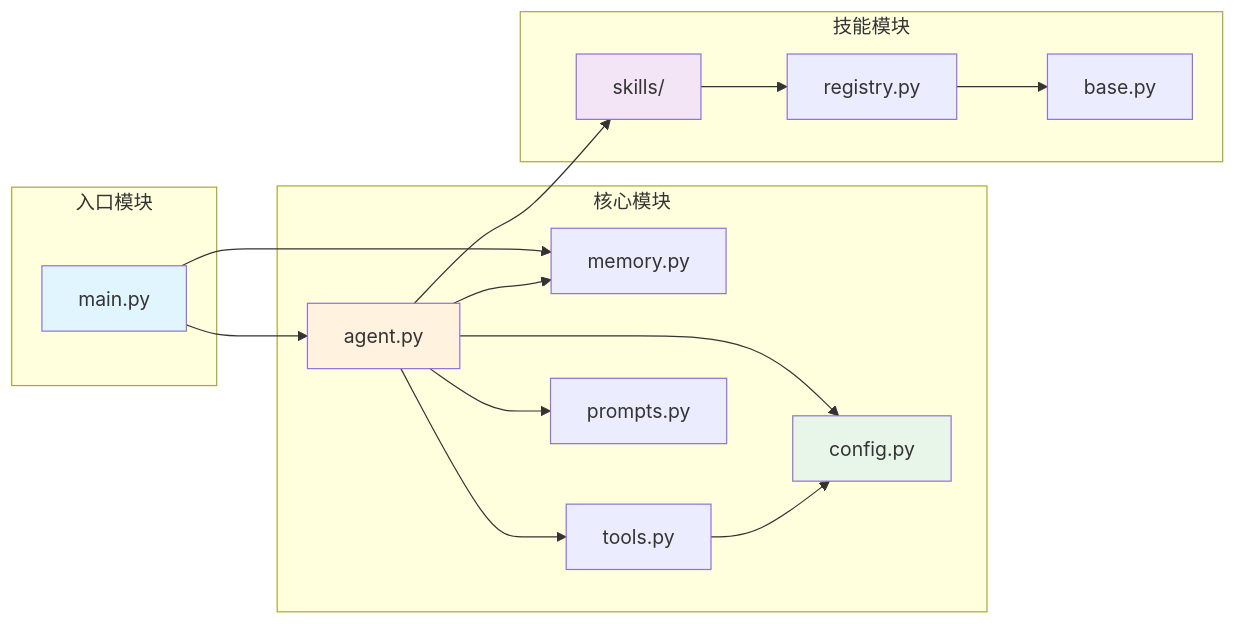
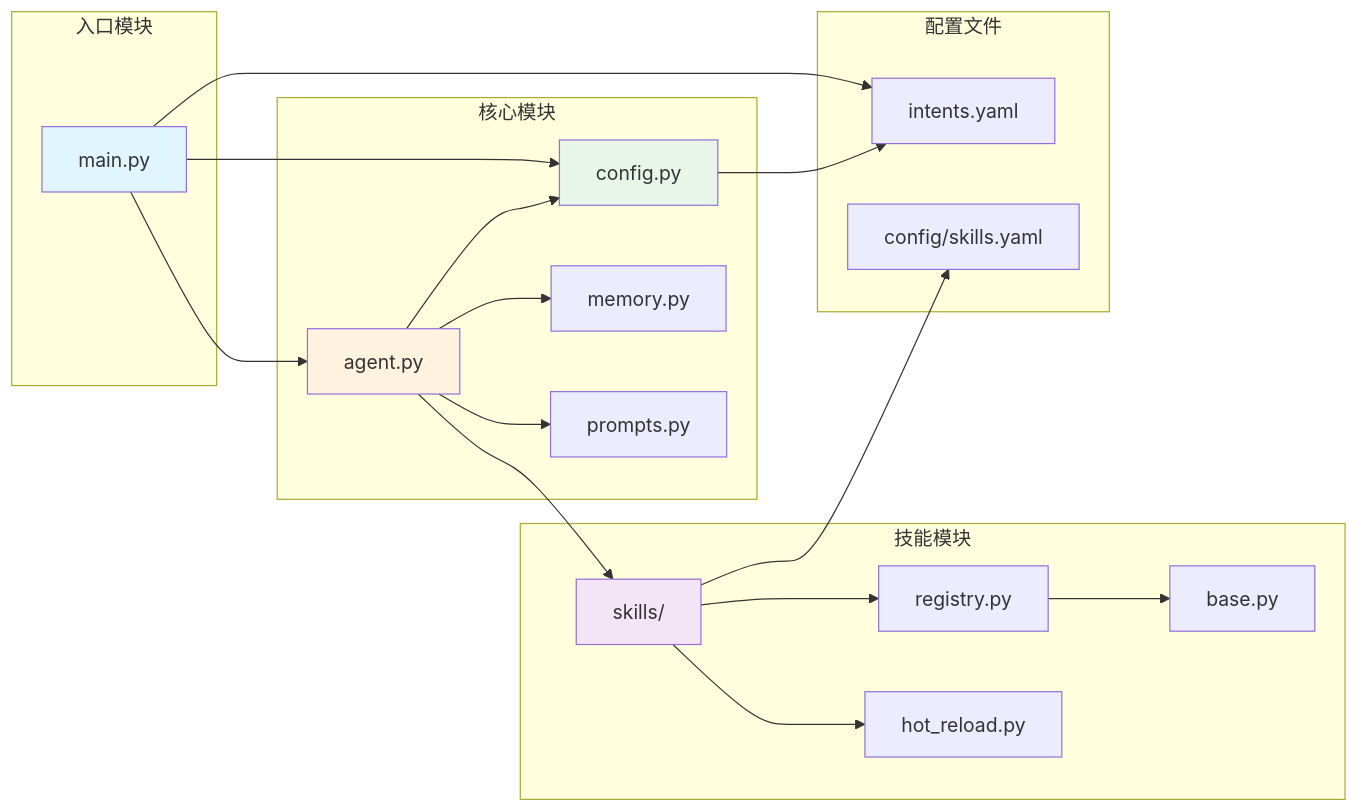
The second of 5 diagrams in spec/AI2AI/架构设计.md (hp5748/spec-agents-test), drawn with Mermaid before and after one commit. The commit also changed other lines of this file and 30 other files, not shown here.

````diff
--- a/spec/AI2AI/架构设计.md
+++ b/spec/AI2AI/架构设计.md
@@ -83,38 +89,46 @@
 ```mermaid
 graph LR
     subgraph 入口模块
         main[main.py]
     end
 
     subgraph 核心模块
         agent[agent.py]
         config[config.py]
         memory[memory.py]
-        tools[tools.py]
         prompts[prompts.py]
     end
 
     subgraph 技能模块
         skills[skills/]
         registry[registry.py]
         base[base.py]
+        hot_reload[hot_reload.py]
+    end
+
+    subgraph 配置文件
+        intents[intents.yaml]
+        skill_config[config/skills.yaml]
     end
 
     main --> agent
-    main --> memory
+    main --> config
+    main --> intents
 
     agent --> config
     agent --> memory
-    agent --> tools
     agent --> prompts
     agent --> skills
 
-    tools --> config
     skills --> registry
+    skills --> hot_reload
+    skills --> skill_config
     registry --> base
+
+    config --> intents
 
     style main fill:#e1f5fe
     style agent fill:#fff3e0
     style config fill:#e8f5e9
     style skills fill:#f3e5f5
 ```
````
